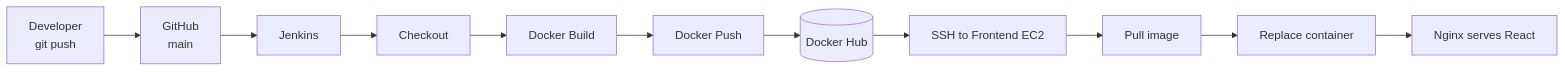
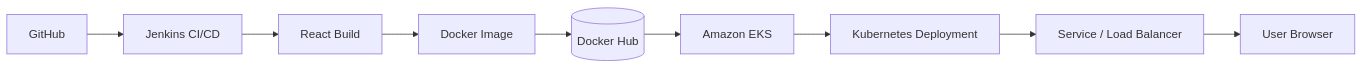
The third of 3 diagrams in README.md (ajaydhadi95-gif/FlightFinder-Application_frontend), drawn with Mermaid before and after one commit. The commit also changed other lines of this file, not shown here.

````diff
--- a/README.md
+++ b/README.md
@@ -130,13 +365,11 @@
 ```mermaid
 flowchart LR
-    A[Developer<br/>git push] --> B[GitHub<br/>main]
-    B --> C[Jenkins]
-    C --> D[Checkout]
-    D --> E[Docker Build]
-    E --> F[Docker Push]
-    F --> G[(Docker Hub)]
-    G --> H[SSH to Frontend EC2]
-    H --> I[Pull image]
-    I --> J[Replace container]
-    J --> K[Nginx serves React]
+    A[GitHub] --> B[Jenkins CI/CD]
+    B --> C[React Build]
+    C --> D[Docker Image]
+    D --> E[(Docker Hub)]
+    E --> F[Amazon EKS]
+    F --> G[Kubernetes Deployment]
+    G --> H[Service / Load Balancer]
+    H --> I[User Browser]
 ```
````
